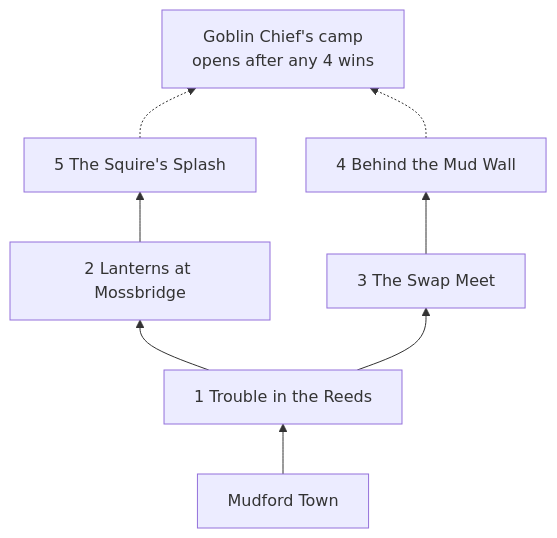
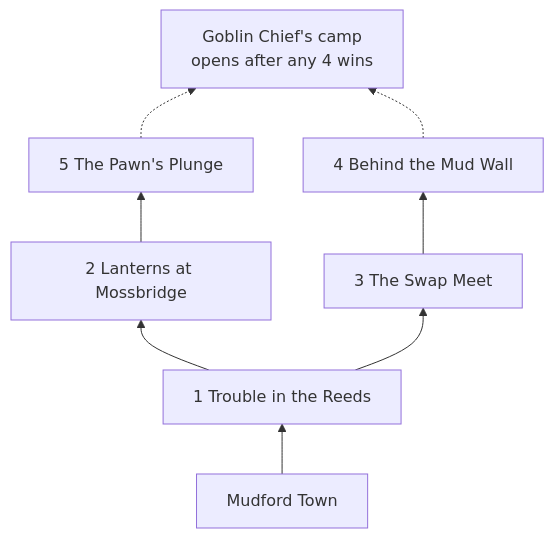
Before and after one commit to avoidthekitchen/chess-rpg-gauntlet: the diagram in docs/design/regions/region-01-bog-goblins.md, drawn with Mermaid. The commit also changed other lines of this file and 34 other files, not shown here.

````diff
--- a/docs/design/regions/region-01-bog-goblins.md
+++ b/docs/design/regions/region-01-bog-goblins.md
@@ -31,10 +31,10 @@
 ```mermaid
 flowchart BT
     Town["Mudford Town"] --> Reeds["1 Trouble in the Reeds"]
     Reeds --> Guard["2 Lanterns at Mossbridge"]
     Reeds --> Trades["3 The Swap Meet"]
-    Guard --> Squire["5 The Squire's Splash"]
+    Guard --> Squire["5 The Pawn's Plunge"]
     Trades --> Backrank["4 Behind the Mud Wall"]
     Squire -.-> Boss["Goblin Chief's camp<br/>opens after any 4 wins"]
     Backrank -.-> Boss
 ```
````
